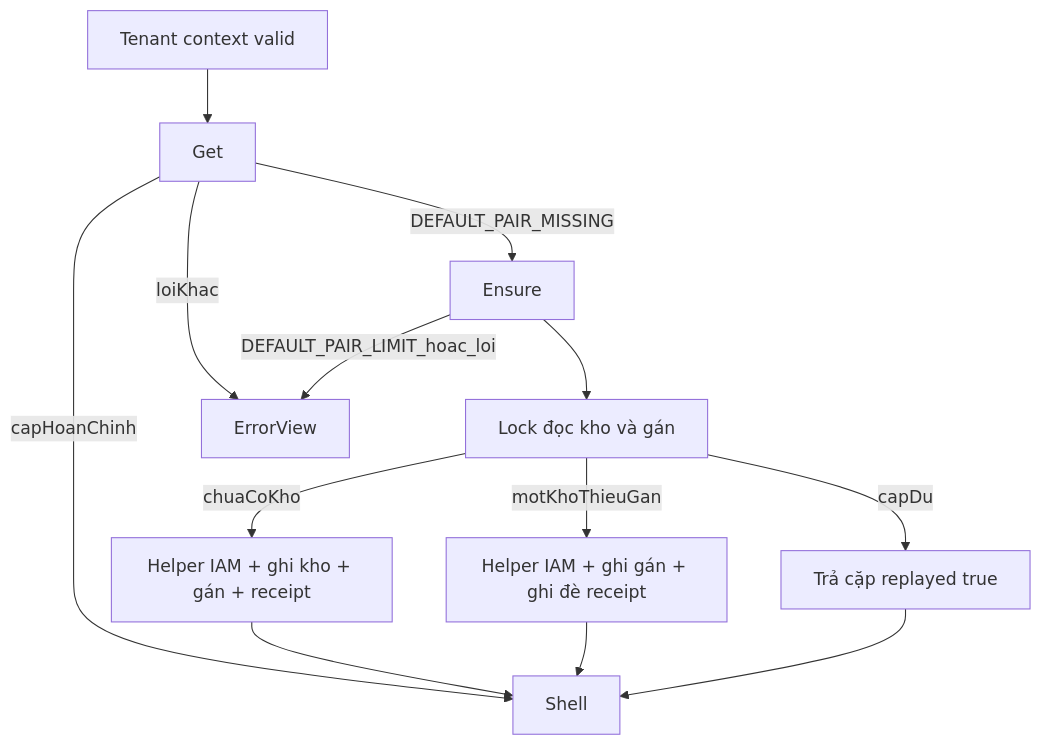
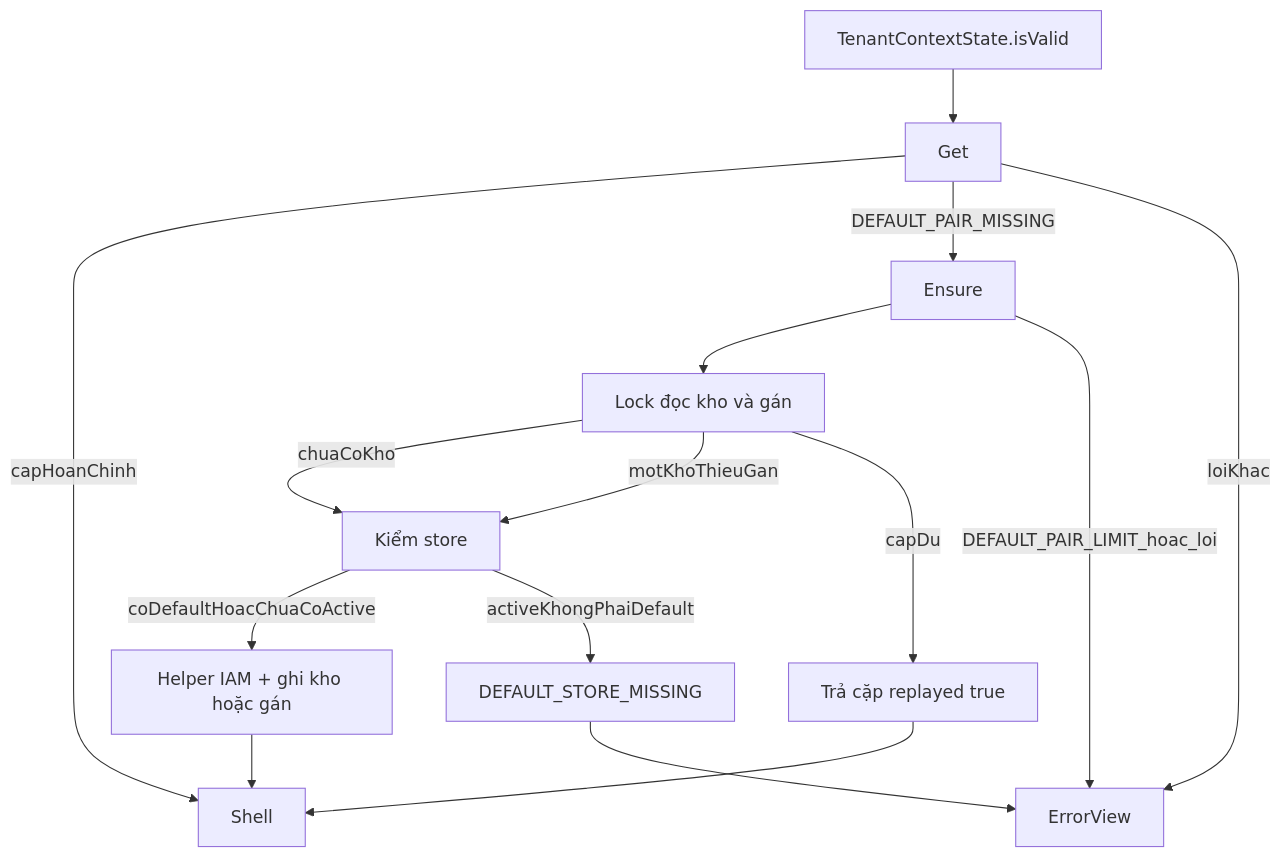
The first of 2 diagrams in specs/themes/theme-07/04.harness/BJ-02-harness/SL-006-default-warehouse.md (DsChien102/erp-sales-inventory), drawn with Mermaid before and after one commit. The commit also changed other lines of this file and 1 other file, not shown here.

First line of the commit message:
refactor: update status of SL-006 default warehouse to READY_TO_IMPLEMENT and enhance documentation

````diff
--- a/specs/themes/theme-07/04.harness/BJ-02-harness/SL-006-default-warehouse.md
+++ b/specs/themes/theme-07/04.harness/BJ-02-harness/SL-006-default-warehouse.md
@@ -93,15 +91,17 @@
 ```mermaid
 flowchart TD
-    A["Tenant context valid"] --> B["Get"]
+    A["TenantContextState.isValid"] --> B["Get"]
     B -->|capHoanChinh| C["Shell"]
     B -->|DEFAULT_PAIR_MISSING| D["Ensure"]
     D --> E["Lock đọc kho và gán"]
-    E -->|chuaCoKho| F["Helper IAM + ghi kho + gán + receipt"]
-    E -->|motKhoThieuGan| G["Helper IAM + ghi gán + ghi đè receipt"]
+    E -->|chuaCoKho| S["Kiểm store"]
+    E -->|motKhoThieuGan| S
+    S -->|coDefaultHoacChuaCoActive| F["Helper IAM + ghi kho hoặc gán"]
+    S -->|activeKhongPhaiDefault| J["DEFAULT_STORE_MISSING"]
     E -->|capDu| H["Trả cặp replayed true"]
-    F --> C
-    G --> C
-    H --> C
     B -->|loiKhac| I["ErrorView"]
     D -->|DEFAULT_PAIR_LIMIT_hoac_loi| I
+    F --> C
+    H --> C
+    J --> I
 ```
````
